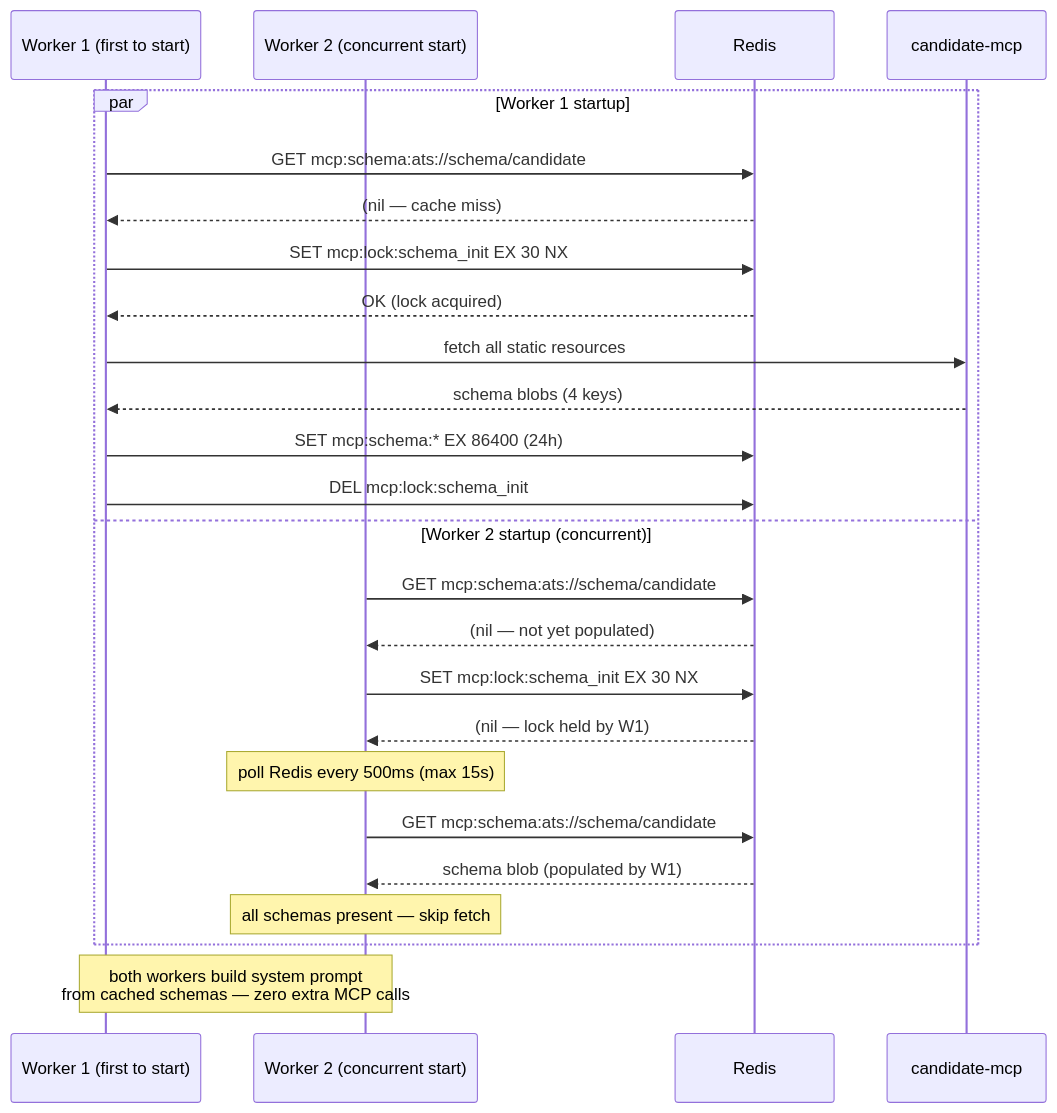
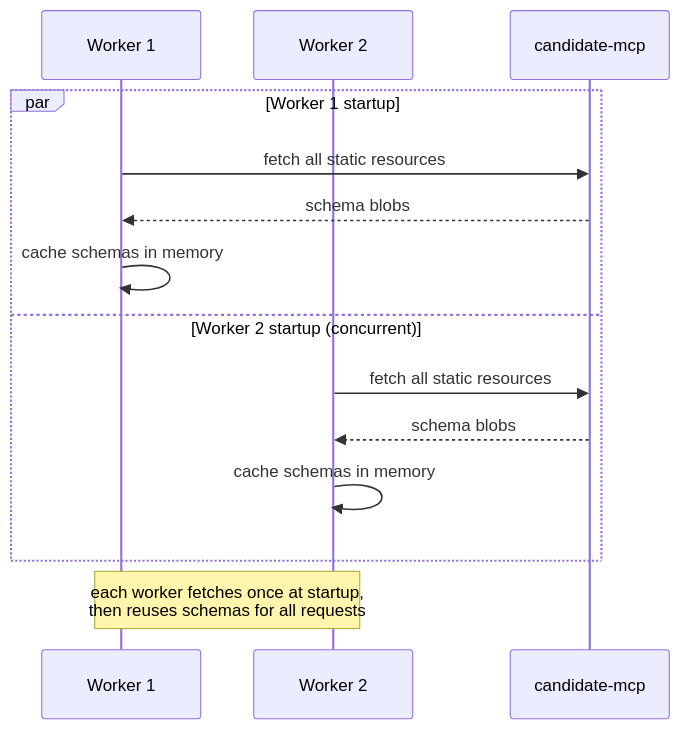
Diagram 28 of 31 in LLD_POST_APPLY_ASSISTANT.md (venkat-raman17/candidate-agent), drawn with Mermaid before and after one commit. The commit also changed other lines of this file, not shown here.

````diff
--- a/LLD_POST_APPLY_ASSISTANT.md
+++ b/LLD_POST_APPLY_ASSISTANT.md
@@ -1613,29 +1664,18 @@
 ```mermaid
 sequenceDiagram
-    participant W1 as Worker 1 (first to start)
-    participant W2 as Worker 2 (concurrent start)
-    participant Redis as Redis
+    participant W1 as Worker 1
+    participant W2 as Worker 2
     participant CMCP as candidate-mcp
 
     par Worker 1 startup
-        W1->>Redis: GET mcp:schema:ats://schema/candidate
-        Redis-->>W1: (nil — cache miss)
-        W1->>Redis: SET mcp:lock:schema_init EX 30 NX
-        Redis-->>W1: OK (lock acquired)
         W1->>CMCP: fetch all static resources
-        CMCP-->>W1: schema blobs (4 keys)
-        W1->>Redis: SET mcp:schema:* EX 86400 (24h)
-        W1->>Redis: DEL mcp:lock:schema_init
+        CMCP-->>W1: schema blobs
+        W1->>W1: cache schemas in memory
     and Worker 2 startup (concurrent)
-        W2->>Redis: GET mcp:schema:ats://schema/candidate
-        Redis-->>W2: (nil — not yet populated)
-        W2->>Redis: SET mcp:lock:schema_init EX 30 NX
-        Redis-->>W2: (nil — lock held by W1)
-        note over W2: poll Redis every 500ms (max 15s)
-        W2->>Redis: GET mcp:schema:ats://schema/candidate
-        Redis-->>W2: schema blob (populated by W1)
-        note over W2: all schemas present — skip fetch
+        W2->>CMCP: fetch all static resources
+        CMCP-->>W2: schema blobs
+        W2->>W2: cache schemas in memory
     end
 
-    note over W1,W2: both workers build system prompt<br/>from cached schemas — zero extra MCP calls
+    note over W1,W2: each worker fetches once at startup,<br/>then reuses schemas for all requests
 ```
````
